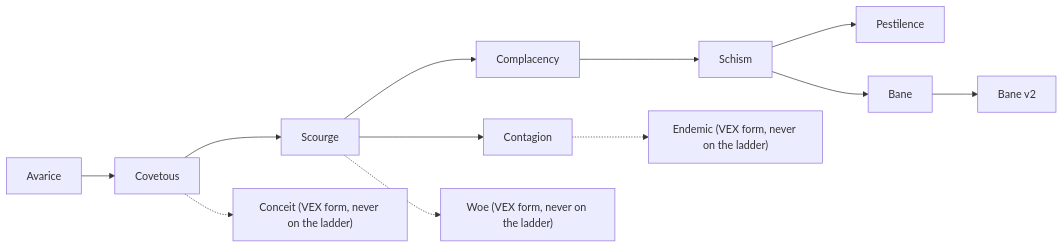
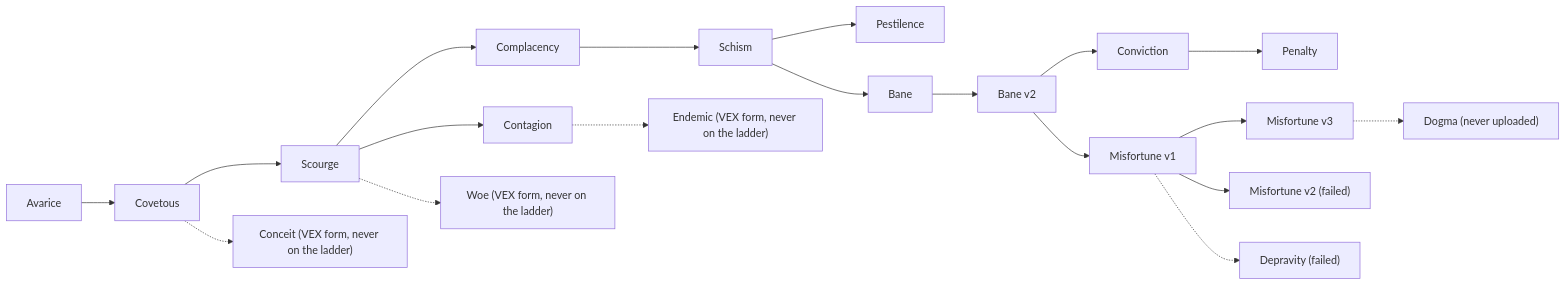
One commit to avarice-dev/AI-CellHack2 changed the second of 2 diagrams in architecture/cells-and-experiments.md. Above: the diagram before and after it, drawn with Mermaid. The commit also changed other lines of this file and 5 other files, not shown here.

Commit message:
Architecture docs and sim README: final state, local-data notes, last cells (Misfortune v3, Depravity, Dogma)

````diff
--- a/architecture/cells-and-experiments.md
+++ b/architecture/cells-and-experiments.md
@@ -97,11 +102,16 @@
 ```mermaid
 flowchart LR
     S["Avarice"] --> C["Covetous"] --> SC["Scourge"] --> CO["Contagion"]
     SC --> CP["Complacency"]
     CP --> SM["Schism"]
     SC -.-> W["Woe (VEX form, never on the ladder)"]
     C -.-> CN["Conceit (VEX form, never on the ladder)"]
     CO -.-> E["Endemic (VEX form, never on the ladder)"]
     SM --> P["Pestilence"]
     SM --> B["Bane"] --> B2["Bane v2"]
+    B2 --> CV["Conviction"] --> PN["Penalty"]
+    B2 --> MF["Misfortune v1"] --> MF3["Misfortune v3"]
+    MF --> MF2["Misfortune v2 (failed)"]
+    MF -.-> DP["Depravity (failed)"]
+    MF3 -.-> DG["Dogma (never uploaded)"]
 ```
````
